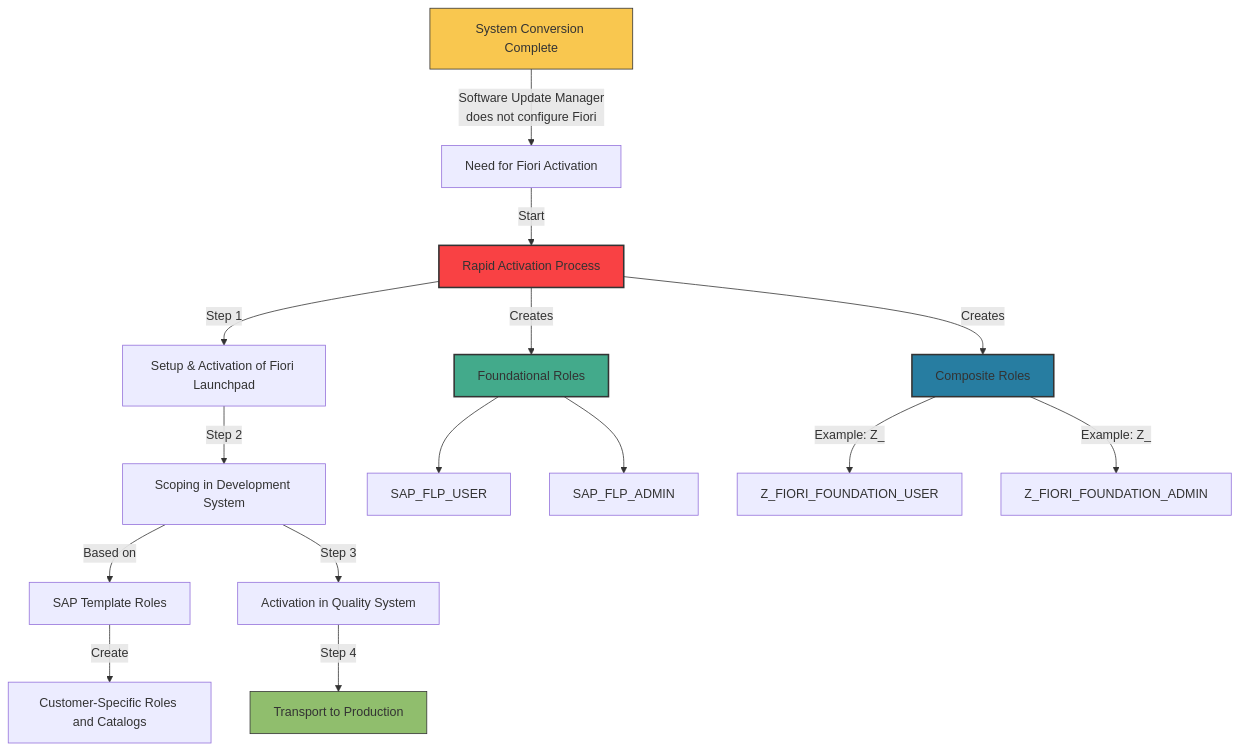
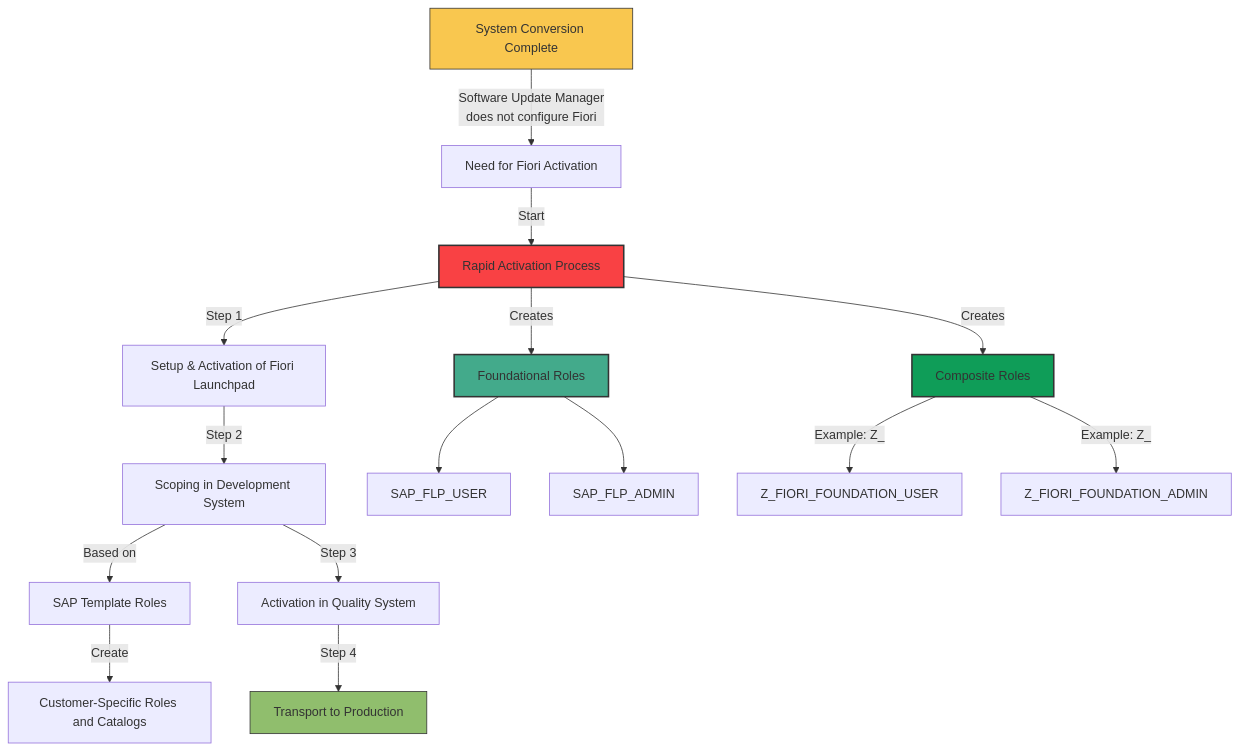
One commit to sapflashcards/S4CPE changed the diagram in fiori-rapid-activation.md. Above: the diagram before and after it, drawn with Mermaid.

````diff
--- a/fiori-rapid-activation.md
+++ b/fiori-rapid-activation.md
@@ -1,26 +1,26 @@
 ```mermaid
 flowchart TD
     A[System Conversion Complete] -->|"Software Update Manager\ndoes not configure Fiori"| B[Need for Fiori Activation]
     B -->|"Start"| C[Rapid Activation Process]
     
     C -->|"Step 1"| D[Setup & Activation of Fiori Launchpad]
     D -->|"Step 2"| E[Scoping in Development System]
     E -->|"Based on"| F[SAP Template Roles]
     F -->|"Create"| G[Customer-Specific Roles and Catalogs]
     E -->|"Step 3"| H[Activation in Quality System]
     H -->|"Step 4"| I[Transport to Production]
     
     C -->|"Creates"| J[Foundational Roles]
     J --> K[SAP_FLP_USER]
     J --> L[SAP_FLP_ADMIN]
     
     C -->|"Creates"| M[Composite Roles]
     M -->|"Example: Z_"| N[Z_FIORI_FOUNDATION_USER]
     M -->|"Example: Z_"| O[Z_FIORI_FOUNDATION_ADMIN]
     
     style A fill:#f9c74f,stroke:#333,stroke-width:1px
     style I fill:#90be6d,stroke:#333,stroke-width:1px
     style C fill:#f94144,stroke:#333,stroke-width:2px
     style J fill:#43aa8b,stroke:#333,stroke-width:2px
-    style M fill:#277da1,stroke:#333,stroke-width:2px
+    style M fill:#0F9D58,stroke:#333,stroke-width:2px
 ```
````
